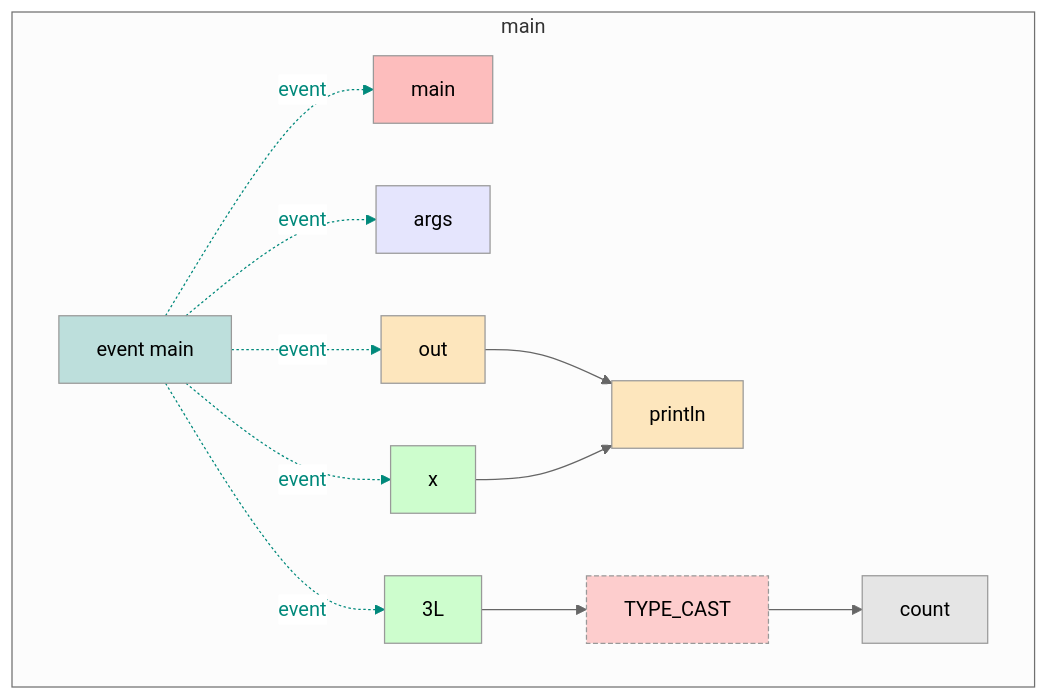
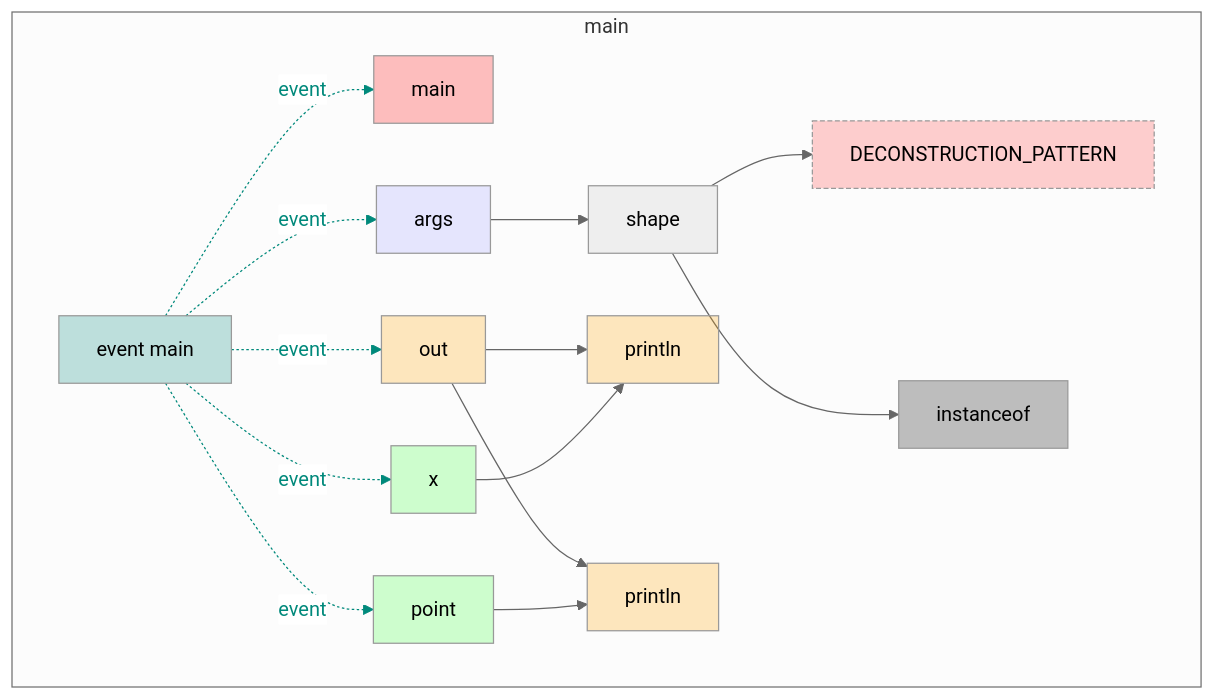
The diagram in app/src/test/resources/unsupported/snapshot.md (gstiebler/codeflow), drawn with Mermaid (neutral theme) before and after one commit. The commit also changed 13 other files, not shown here.

````diff
--- a/app/src/test/resources/unsupported/snapshot.md
+++ b/app/src/test/resources/unsupported/snapshot.md
@@ -1,36 +1,41 @@
 ```mermaid
 flowchart TD
   subgraph b0["main"]
     n1[event main]:::EVENT
     n2[main]:::RETURN
     n3[args]:::FUNC_PARAM
     n4[out]:::EXTERNAL
     n5["x"]:::LITERAL
     n6[println]:::EXTERNAL
-    n7[3L]:::LITERAL
-    n8[TYPE_CAST]:::UNMODELLED
-    n9[count]:::VARIABLE
+    n7[shape]:::OBJ_VARIABLE
+    n8[DECONSTRUCTION_PATTERN]:::UNMODELLED
+    n9[instanceof]:::BIN_OP
+    n10["point"]:::LITERAL
+    n11[println]:::EXTERNAL
     n1[event main]:::EVENT -. event .-> n2[main]:::RETURN
     n1[event main]:::EVENT -. event .-> n3[args]:::FUNC_PARAM
     n1[event main]:::EVENT -. event .-> n4[out]:::EXTERNAL
     n1[event main]:::EVENT -. event .-> n5["x"]:::LITERAL
-    n1[event main]:::EVENT -. event .-> n7[3L]:::LITERAL
+    n1[event main]:::EVENT -. event .-> n10["point"]:::LITERAL
+    n3[args]:::FUNC_PARAM --> n7[shape]:::OBJ_VARIABLE
     n4[out]:::EXTERNAL --> n6[println]:::EXTERNAL
+    n4[out]:::EXTERNAL --> n11[println]:::EXTERNAL
     n5["x"]:::LITERAL --> n6[println]:::EXTERNAL
-    n7[3L]:::LITERAL --> n8[TYPE_CAST]:::UNMODELLED
-    n8[TYPE_CAST]:::UNMODELLED --> n9[count]:::VARIABLE
+    n7[shape]:::OBJ_VARIABLE --> n8[DECONSTRUCTION_PATTERN]:::UNMODELLED
+    n7[shape]:::OBJ_VARIABLE --> n9[instanceof]:::BIN_OP
+    n10["point"]:::LITERAL --> n11[println]:::EXTERNAL
   end
   linkStyle 0 stroke:#00897b,color:#00897b
   linkStyle 1 stroke:#00897b,color:#00897b
   linkStyle 2 stroke:#00897b,color:#00897b
   linkStyle 3 stroke:#00897b,color:#00897b
   linkStyle 4 stroke:#00897b,color:#00897b
   classDef LITERAL fill:#00FF0030
   classDef VARIABLE fill:#80808030
   classDef BIN_OP fill:#80808080
   classDef FUNC_PARAM fill:#8080FF30
   classDef RETURN fill:#FF808080
   classDef EXTERNAL fill:#FFA50040
   classDef UNMODELLED fill:#FF000030,stroke-dasharray: 4 2
   classDef EVENT fill:#00897B40
 ```
````
